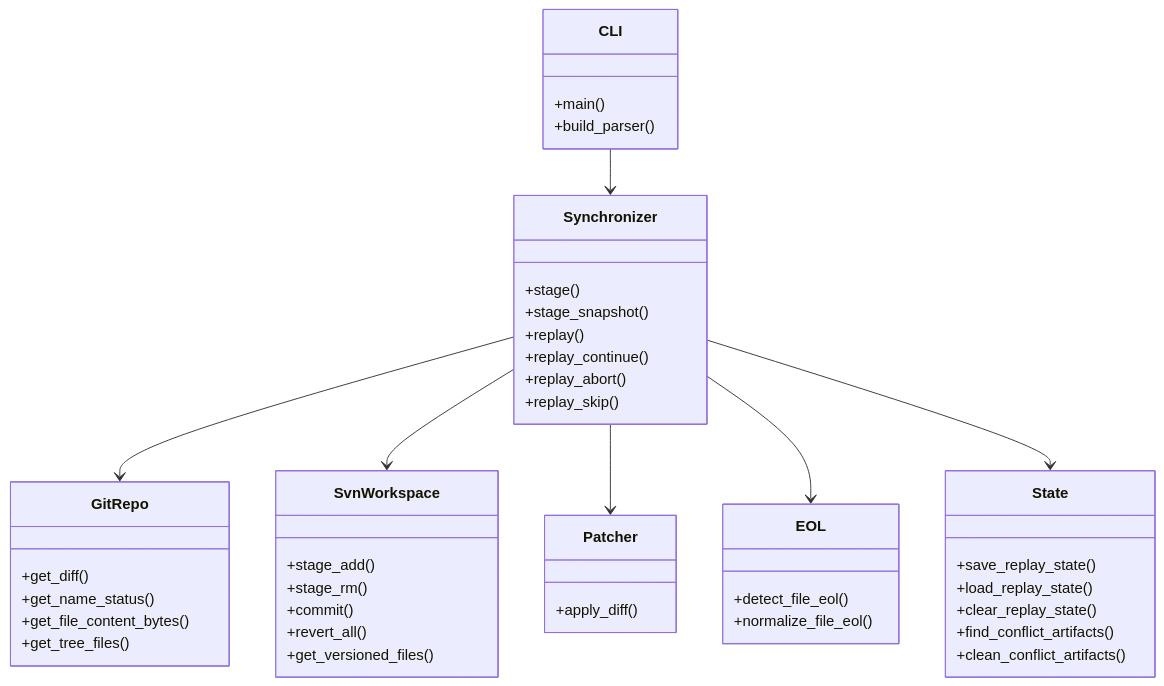
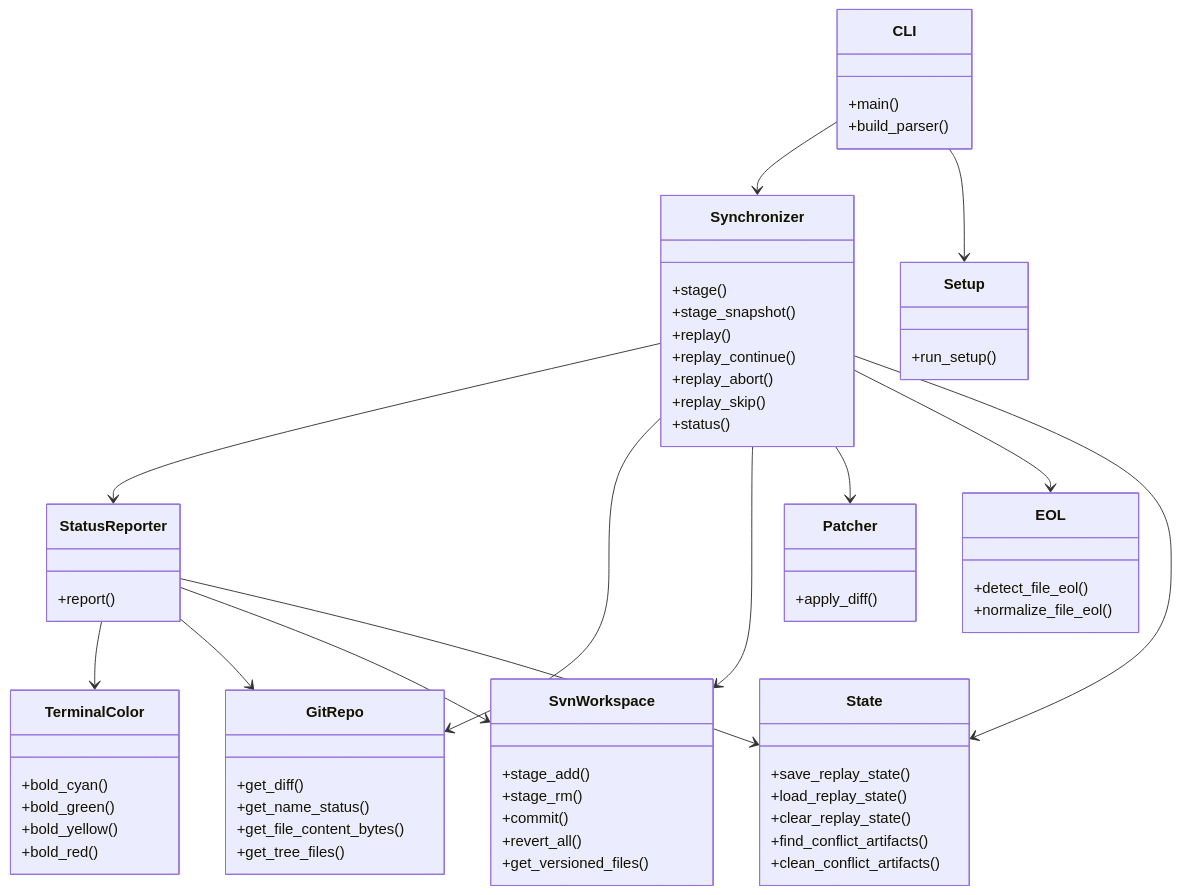
Before and after one commit to simon123h/git2svn: the third of 5 diagrams in docs/arc42/README.md, drawn with Mermaid. The commit also changed other lines of this file and 5 other files, not shown here.

Commit message:
refactor(core,cli): extract setup service and status reporter into dedicated modules

````diff
--- a/docs/arc42/README.md
+++ b/docs/arc42/README.md
@@ -76,49 +76,68 @@
 ```mermaid
 classDiagram
     class CLI {
         +main()
         +build_parser()
+    }
+    class Setup {
+        +run_setup()
     }
     class Synchronizer {
         +stage()
         +stage_snapshot()
         +replay()
         +replay_continue()
         +replay_abort()
         +replay_skip()
+        +status()
+    }
+    class StatusReporter {
+        +report()
     }
     class GitRepo {
         +get_diff()
         +get_name_status()
         +get_file_content_bytes()
         +get_tree_files()
     }
     class SvnWorkspace {
         +stage_add()
         +stage_rm()
         +commit()
         +revert_all()
         +get_versioned_files()
     }
     class Patcher {
         +apply_diff()
     }
+    class TerminalColor {
+        +bold_cyan()
+        +bold_green()
+        +bold_yellow()
+        +bold_red()
+    }
     class EOL {
         +detect_file_eol()
         +normalize_file_eol()
     }
     class State {
         +save_replay_state()
         +load_replay_state()
         +clear_replay_state()
         +find_conflict_artifacts()
         +clean_conflict_artifacts()
     }
 
     CLI --> Synchronizer
+    CLI --> Setup
+    Synchronizer --> StatusReporter
     Synchronizer --> GitRepo
     Synchronizer --> SvnWorkspace
     Synchronizer --> Patcher
     Synchronizer --> EOL
     Synchronizer --> State
+    StatusReporter --> TerminalColor
+    StatusReporter --> GitRepo
+    StatusReporter --> SvnWorkspace
+    StatusReporter --> State
 ```
````
